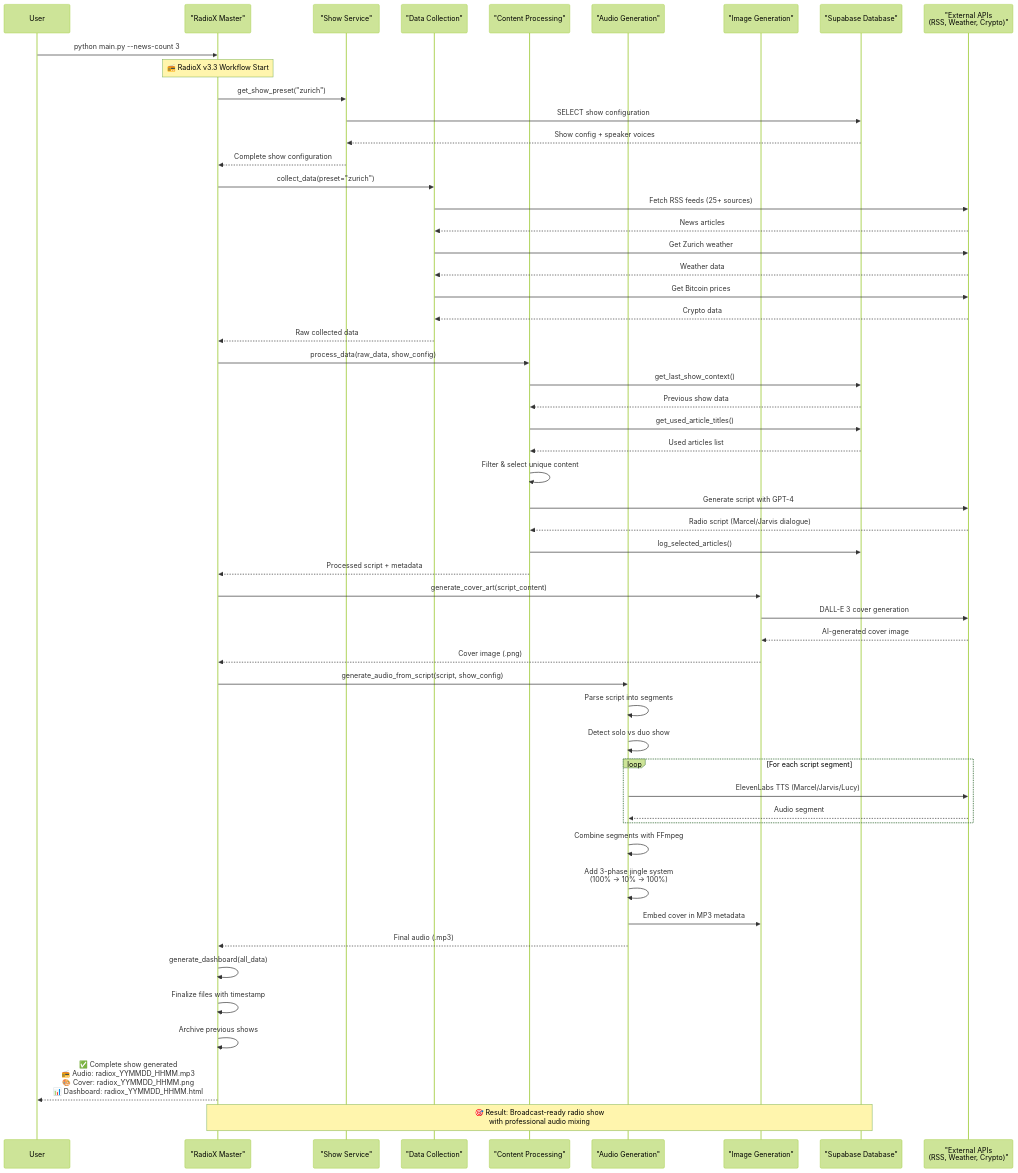
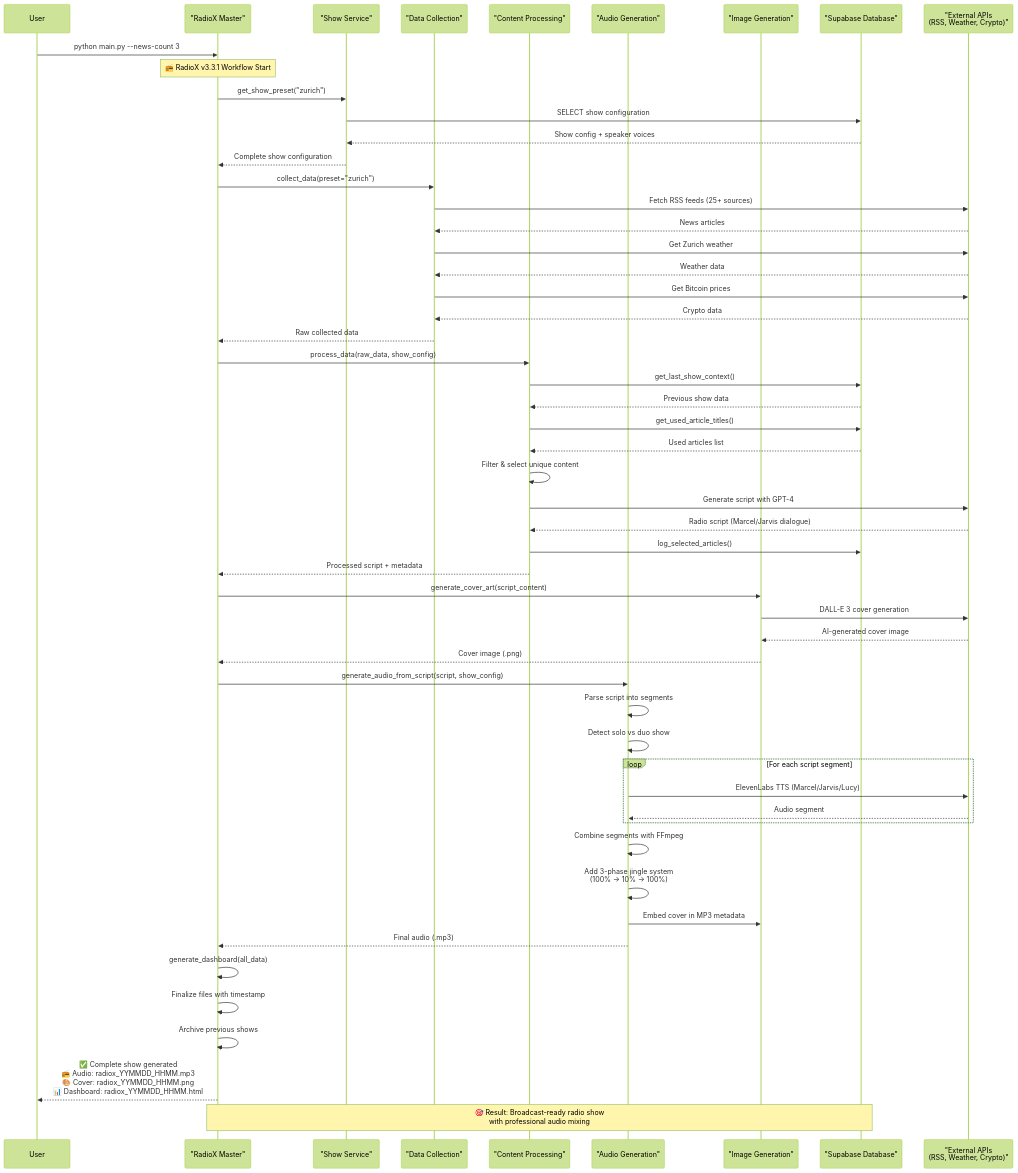
One commit to muraschal/radiox-backend changed the second of 3 diagrams in README.md. Above: the diagram before and after it, drawn with Mermaid (forest theme). The commit also changed other lines of this file, not shown here.

````diff
--- a/README.md
+++ b/README.md
@@ -178,68 +178,68 @@
 ```mermaid
 sequenceDiagram
     participant User
     participant Main as "RadioX Master"
     participant Show as "Show Service"
     participant Data as "Data Collection"
     participant GPT as "Content Processing"
     participant Audio as "Audio Generation"
     participant Image as "Image Generation"
     participant DB as "Supabase Database"
     participant APIs as "External APIs<br/>(RSS, Weather, Crypto)"
     
     User->>Main: python main.py --news-count 3
     
-    Note over Main: 📻 RadioX v3.3 Workflow Start
+    Note over Main: 📻 RadioX v3.3.1 Workflow Start
     
     Main->>Show: get_show_preset("zurich")
     Show->>DB: SELECT show configuration
     DB-->>Show: Show config + speaker voices
     Show-->>Main: Complete show configuration
     
     Main->>Data: collect_data(preset="zurich")
     Data->>APIs: Fetch RSS feeds (25+ sources)
     APIs-->>Data: News articles
     Data->>APIs: Get Zurich weather
     APIs-->>Data: Weather data
     Data->>APIs: Get Bitcoin prices
     APIs-->>Data: Crypto data
     Data-->>Main: Raw collected data
     
     Main->>GPT: process_data(raw_data, show_config)
     GPT->>DB: get_last_show_context()
     DB-->>GPT: Previous show data
     GPT->>DB: get_used_article_titles()
     DB-->>GPT: Used articles list
     GPT->>GPT: Filter & select unique content
     GPT->>APIs: Generate script with GPT-4
     APIs-->>GPT: Radio script (Marcel/Jarvis dialogue)
     GPT->>DB: log_selected_articles()
     GPT-->>Main: Processed script + metadata
     
     Main->>Image: generate_cover_art(script_content)
     Image->>APIs: DALL-E 3 cover generation
     APIs-->>Image: AI-generated cover image
     Image-->>Main: Cover image (.png)
     
     Main->>Audio: generate_audio_from_script(script, show_config)
     Audio->>Audio: Parse script into segments
     Audio->>Audio: Detect solo vs duo show
     
     loop For each script segment
         Audio->>APIs: ElevenLabs TTS (Marcel/Jarvis/Lucy)
         APIs-->>Audio: Audio segment
     end
     
     Audio->>Audio: Combine segments with FFmpeg
     Audio->>Audio: Add 3-phase jingle system<br/>(100% → 10% → 100%)
     Audio->>Image: Embed cover in MP3 metadata
     Audio-->>Main: Final audio (.mp3)
     
     Main->>Main: generate_dashboard(all_data)
     Main->>Main: Finalize files with timestamp
     Main->>Main: Archive previous shows
     
     Main-->>User: ✅ Complete show generated<br/>📻 Audio: radiox_YYMMDD_HHMM.mp3<br/>🎨 Cover: radiox_YYMMDD_HHMM.png<br/>📊 Dashboard: radiox_YYMMDD_HHMM.html
     
     Note over Main,DB: 🎯 Result: Broadcast-ready radio show<br/>with professional audio mixing
 ```
````
